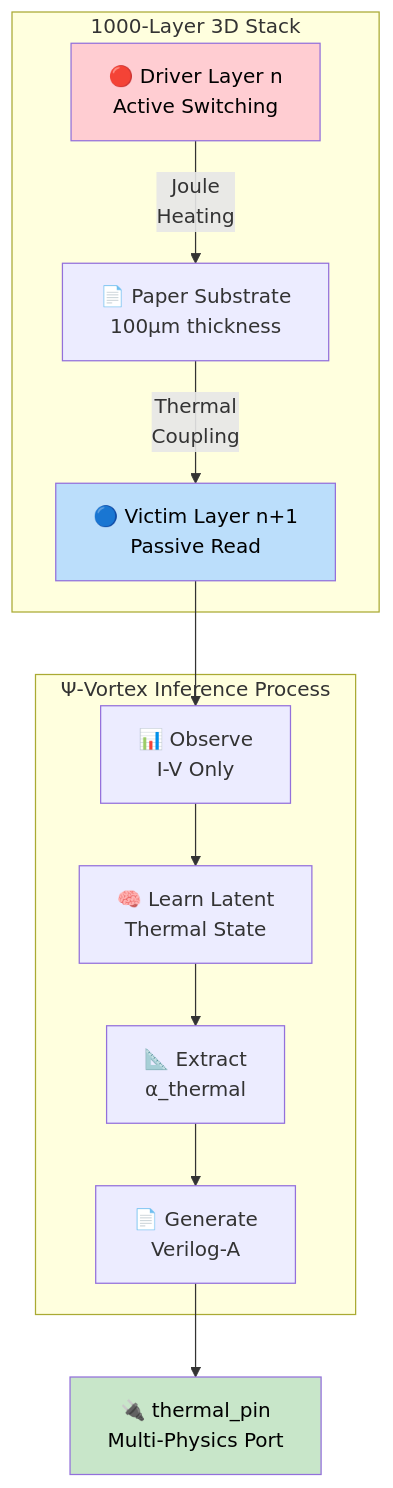
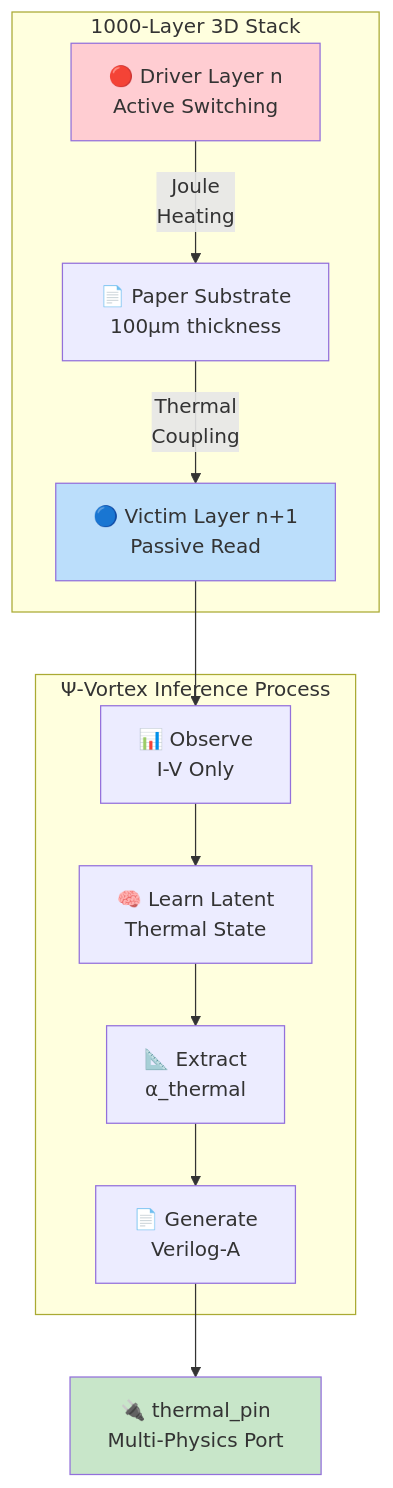
The fifth of 7 diagrams in README.md (jurjsorinliviu/Psi-Vortex), drawn with Mermaid before and after one commit. The commit also changed other lines of this file, not shown here.

````diff
--- a/README.md
+++ b/README.md
@@ -698,25 +546,25 @@
 ```mermaid
 flowchart TB
     subgraph stack["1000-Layer 3D Stack"]
         A["🔴 Driver Layer n<br>Active Switching"]
         B["📄 Paper Substrate<br>100μm thickness"]
         C["🔵 Victim Layer n+1<br>Passive Read"]
     end
     
     A -->|"Joule<br>Heating"| B
     B -->|"Thermal<br>Coupling"| C
     
     subgraph inference["Ψ-Vortex Inference Process"]
         D["📊 Observe<br>I-V Only"] --> E["🧠 Learn Latent<br>Thermal State"]
         E --> F["📐 Extract<br>α_thermal"]
         F --> G["📄 Generate<br>Verilog-A"]
     end
     
     C --> D
     
     G --> H["🔌 thermal_pin<br>Multi-Physics Port"]
     
-    style A fill:#ffcdd2,color:#000000
-    style C fill:#bbdefb,color:#000000
-    style H fill:#c8e6c9,color:#000000
+    style A fill:#ffcdd2
+    style C fill:#bbdefb
+    style H fill:#c8e6c9
 ```
````
